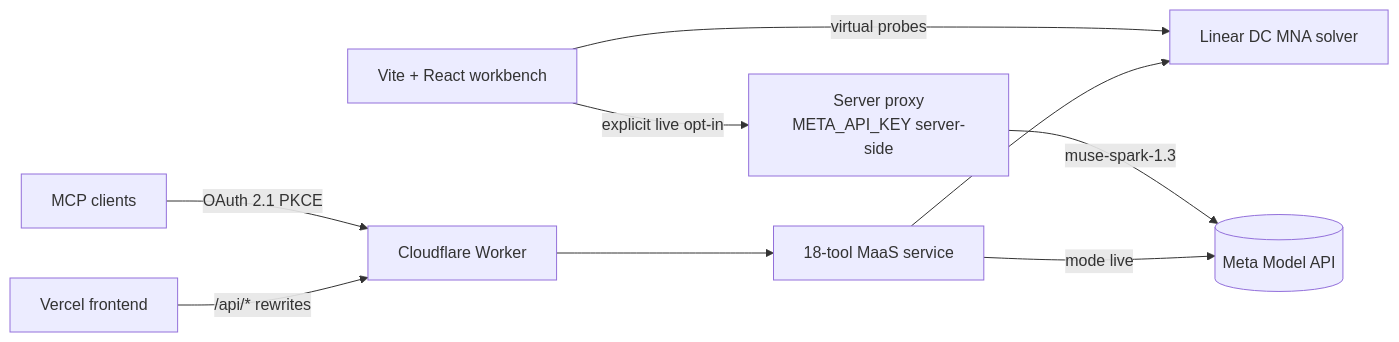
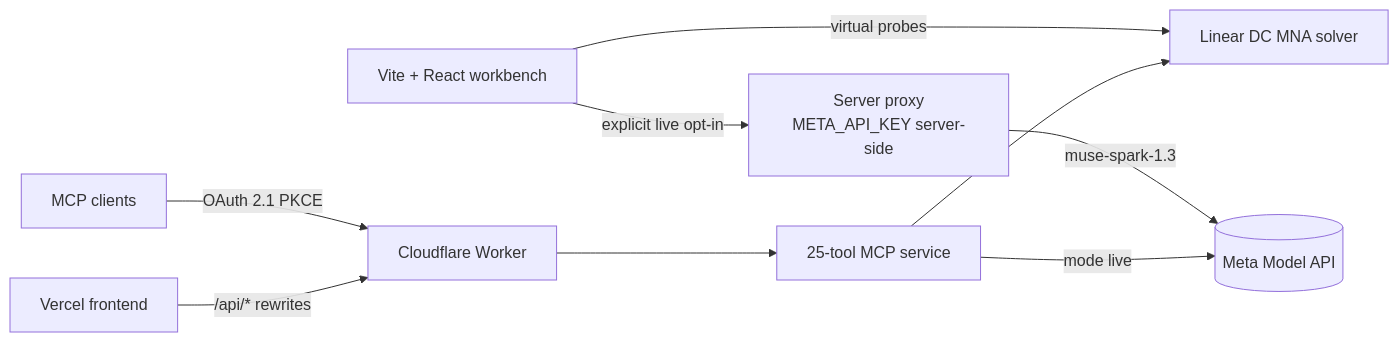
Before and after one commit to danny121583/traceforge: the diagram in README.md, drawn with Mermaid. The commit also changed other lines of this file and 21 other files, not shown here.

Commit message:
feat(assistant,mcp,ui): conversational intelligence, persistent OAuth refresh, welcome bubble, light/dark mode, and MIT license

````diff
--- a/README.md
+++ b/README.md
@@ -169,11 +172,11 @@
 ```mermaid
 flowchart LR
     UI[Vite + React workbench] -->|virtual probes| MNA[Linear DC MNA solver]
     UI -->|explicit live opt-in| Proxy[Server proxy<br/>META_API_KEY server-side]
     Proxy -->|muse-spark-1.3| Meta[(Meta Model API)]
     MCP[MCP clients] -->|OAuth 2.1 PKCE| Worker[Cloudflare Worker]
-    Worker --> MaaS[18-tool MaaS service]
-    MaaS --> MNA
-    MaaS -->|mode live| Meta
+    Worker --> MCPService[25-tool MCP service]
+    MCPService --> MNA
+    MCPService -->|mode live| Meta
     Browser[Vercel frontend] -->|/api/* rewrites| Worker
 ```
````
